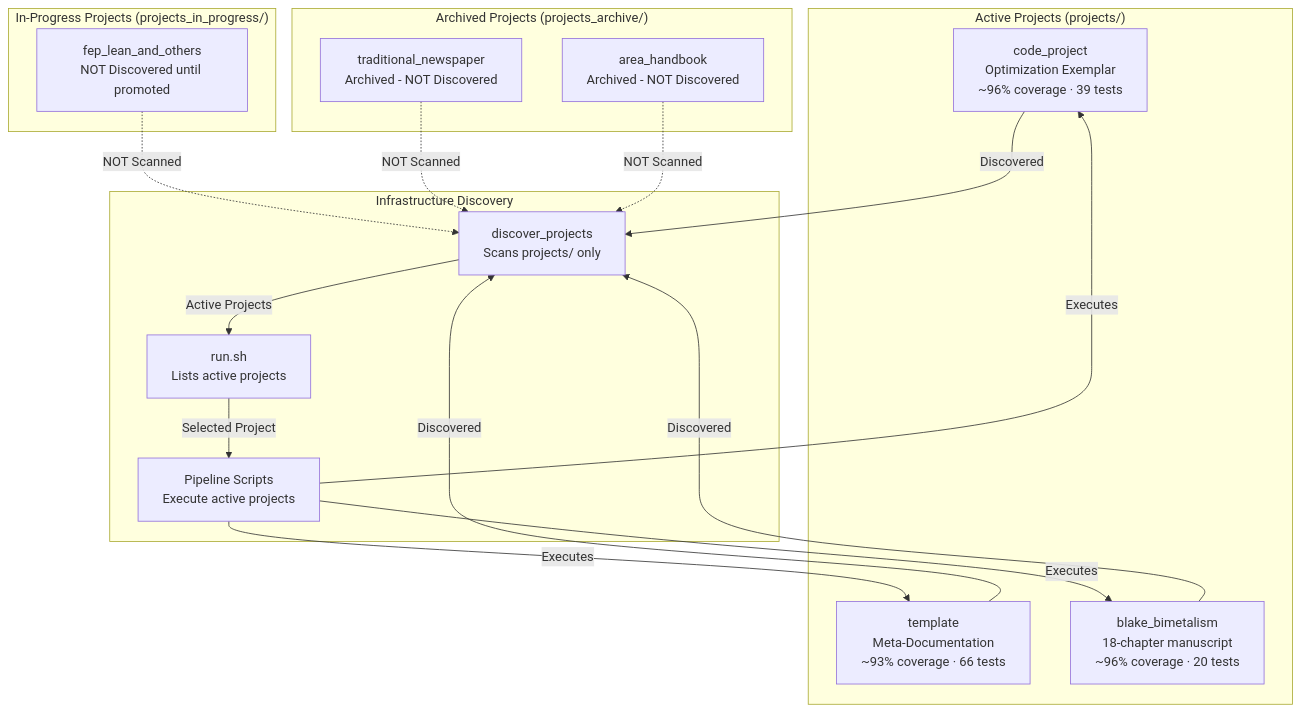
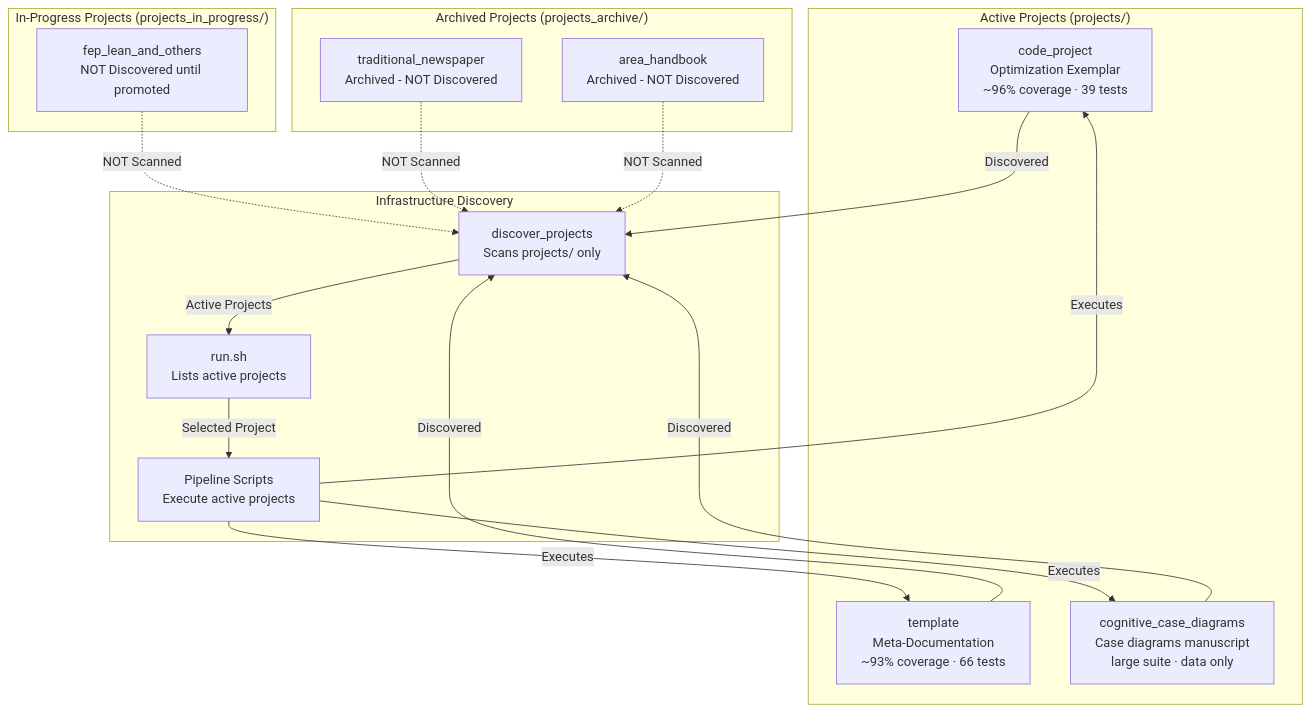
The diagram in projects/AGENTS.md (docxology/template), drawn with Mermaid before and after one commit. The commit also changed other lines of this file and 252 other files, not shown here.

````diff
--- a/projects/AGENTS.md
+++ b/projects/AGENTS.md
@@ -61,36 +61,36 @@
 ```mermaid
 graph TD
     subgraph Active["Active Projects (projects/)"]
         P1[code_project<br/>Optimization Exemplar<br/>~96% coverage · 39 tests]
         P2[template<br/>Meta-Documentation<br/>~93% coverage · 66 tests]
-        P3[blake_bimetalism<br/>18-chapter manuscript<br/>~96% coverage · 20 tests]
+        P3[cognitive_case_diagrams<br/>Case diagrams manuscript<br/>large suite · data only]
     end
 
     subgraph InProgress["In-Progress Projects (projects_in_progress/)"]
         IP1[fep_lean_and_others<br/>NOT Discovered until promoted]
     end
 
     subgraph Archive["Archived Projects (projects_archive/)"]
         A1[traditional_newspaper<br/>Archived - NOT Discovered]
         A2[area_handbook<br/>Archived - NOT Discovered]
     end
 
     subgraph Infrastructure["Infrastructure Discovery"]
         DISCOVER[discover_projects<br/>Scans projects/ only]
         RUNSH[run.sh<br/>Lists active projects]
         PIPELINE[Pipeline Scripts<br/>Execute active projects]
     end
 
     P1 -->|Discovered| DISCOVER
     P2 -->|Discovered| DISCOVER
     P3 -->|Discovered| DISCOVER
     IP1 -.->|NOT Scanned| DISCOVER
     A1 -.->|NOT Scanned| DISCOVER
     A2 -.->|NOT Scanned| DISCOVER
 
     DISCOVER -->|Active Projects| RUNSH
     RUNSH -->|Selected Project| PIPELINE
     PIPELINE -->|Executes| P1
     PIPELINE -->|Executes| P2
     PIPELINE -->|Executes| P3
 ```
````
